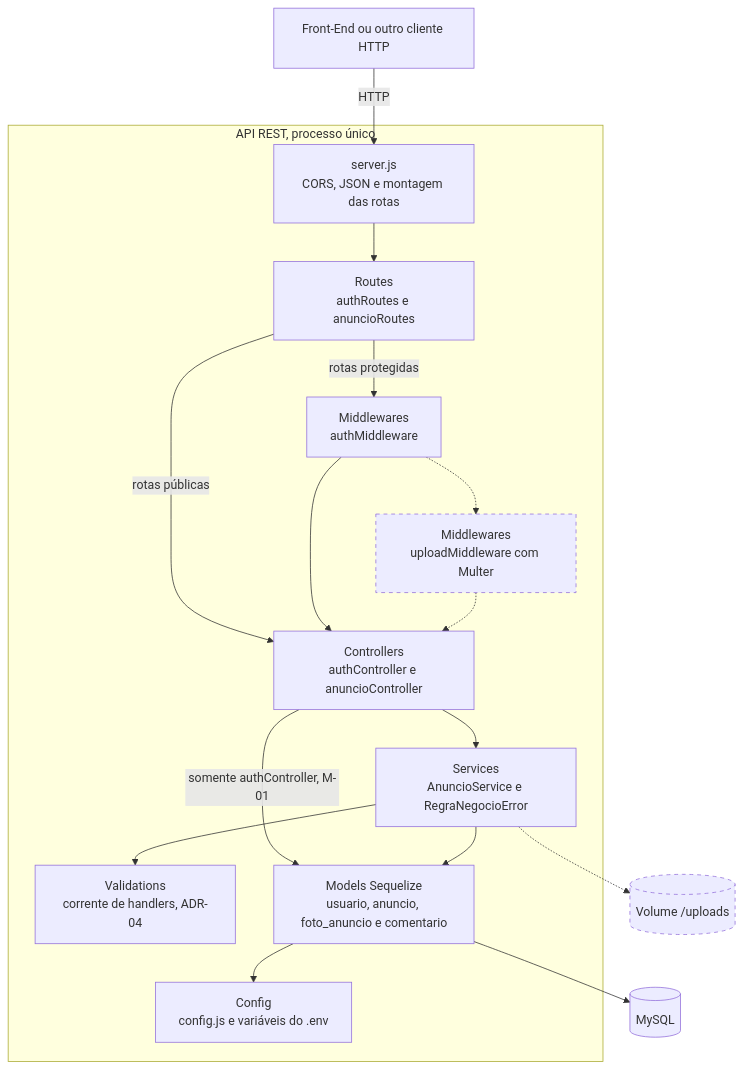
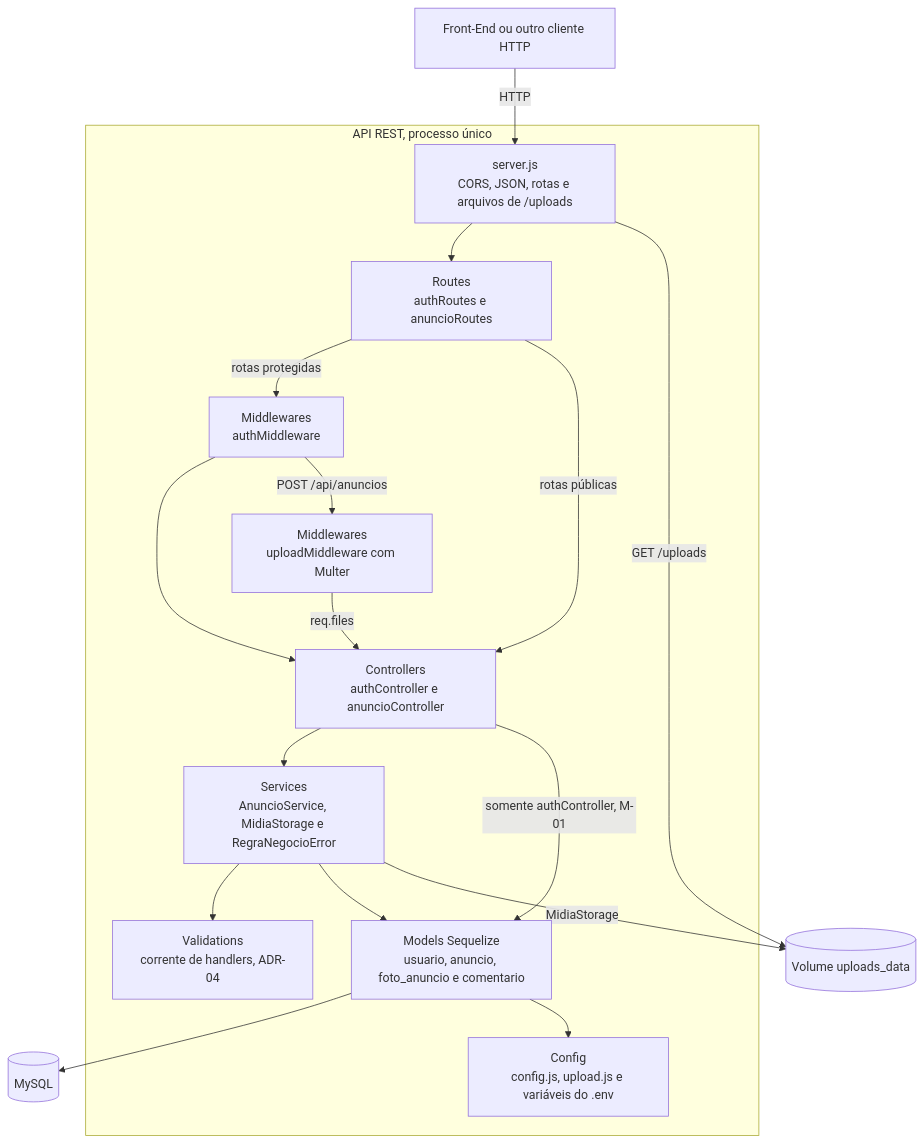
Before and after one commit to Matheus-Castro-Paula/Radar-UFLA: the third of 4 diagrams in docs/arquitetura/arquitetura.md, drawn with Mermaid. The commit also changed other lines of this file, not shown here.

````diff
--- a/docs/arquitetura/arquitetura.md
+++ b/docs/arquitetura/arquitetura.md
@@ -99,50 +97,48 @@
 ```mermaid
 flowchart TB
     cliente["Front-End ou outro cliente HTTP"]
 
     subgraph api["API REST, processo único"]
-        servidor["server.js<br/>CORS, JSON e montagem das rotas"]
+        servidor["server.js<br/>CORS, JSON, rotas e arquivos de /uploads"]
         rotas["Routes<br/>authRoutes e anuncioRoutes"]
         autenticacao["Middlewares<br/>authMiddleware"]
         upload["Middlewares<br/>uploadMiddleware com Multer"]
         controladores["Controllers<br/>authController e anuncioController"]
-        servicos["Services<br/>AnuncioService e RegraNegocioError"]
+        servicos["Services<br/>AnuncioService, MidiaStorage e RegraNegocioError"]
         validacoes["Validations<br/>corrente de handlers, ADR-04"]
         modelos["Models Sequelize<br/>usuario, anuncio, foto_anuncio e comentario"]
-        configuracao["Config<br/>config.js e variáveis do .env"]
+        configuracao["Config<br/>config.js, upload.js e variáveis do .env"]
     end
 
     banco[("MySQL")]
-    arquivos[("Volume /uploads")]
+    arquivos[("Volume uploads_data")]
 
     cliente -->|"HTTP"| servidor
     servidor --> rotas
+    servidor -->|"GET /uploads"| arquivos
     rotas -->|"rotas protegidas"| autenticacao
     rotas -->|"rotas públicas"| controladores
     autenticacao --> controladores
-    autenticacao -.-> upload
-    upload -.-> controladores
+    autenticacao -->|"POST /api/anuncios"| upload
+    upload -->|"req.files"| controladores
     controladores --> servicos
     controladores -->|"somente authController, M-01"| modelos
     servicos --> validacoes
     servicos --> modelos
-    servicos -.-> arquivos
+    servicos -->|"MidiaStorage"| arquivos
     modelos --> banco
     modelos --> configuracao
-
-    style upload stroke-dasharray: 5 5
-    style arquivos stroke-dasharray: 5 5
 
     click cliente href "https://github.com/Matheus-Castro-Paula/Radar-UFLA/blob/main/API/Front-End/app.js" "Cliente da API" _blank
     click servidor href "https://github.com/Matheus-Castro-Paula/Radar-UFLA/blob/main/API/Back-End/src/server.js" "server.js" _blank
     click rotas href "https://github.com/Matheus-Castro-Paula/Radar-UFLA/tree/main/API/Back-End/src/routes" "Rotas" _blank
     click autenticacao href "https://github.com/Matheus-Castro-Paula/Radar-UFLA/blob/main/API/Back-End/src/middlewares/authMiddleware.js" "authMiddleware.js" _blank
-    click upload href "https://github.com/Matheus-Castro-Paula/Radar-UFLA/tree/main/API/Back-End/src/middlewares" "Middlewares" _blank
+    click upload href "https://github.com/Matheus-Castro-Paula/Radar-UFLA/blob/main/API/Back-End/src/middlewares/uploadMiddleware.js" "uploadMiddleware.js" _blank
     click controladores href "https://github.com/Matheus-Castro-Paula/Radar-UFLA/tree/main/API/Back-End/src/controllers" "Controllers" _blank
     click servicos href "https://github.com/Matheus-Castro-Paula/Radar-UFLA/tree/main/API/Back-End/src/services" "Services" _blank
     click validacoes href "https://github.com/Matheus-Castro-Paula/Radar-UFLA/tree/main/API/Back-End/src/services/validations" "Validations" _blank
     click modelos href "https://github.com/Matheus-Castro-Paula/Radar-UFLA/tree/main/API/Back-End/src/models" "Models" _blank
-    click configuracao href "https://github.com/Matheus-Castro-Paula/Radar-UFLA/blob/main/API/Back-End/src/config/config.js" "config.js" _blank
+    click configuracao href "https://github.com/Matheus-Castro-Paula/Radar-UFLA/tree/main/API/Back-End/src/config" "Config" _blank
     click banco href "https://github.com/Matheus-Castro-Paula/Radar-UFLA/tree/main/API/Back-End/src/migrations" "Migrations" _blank
-    click arquivos href "https://github.com/Matheus-Castro-Paula/Radar-UFLA/blob/main/API/Back-End/docker-compose.yml" "Configuração dos volumes" _blank
+    click arquivos href "https://github.com/Matheus-Castro-Paula/Radar-UFLA/blob/main/API/Back-End/docker-compose.yml" "Volume uploads_data" _blank
 ```
````
